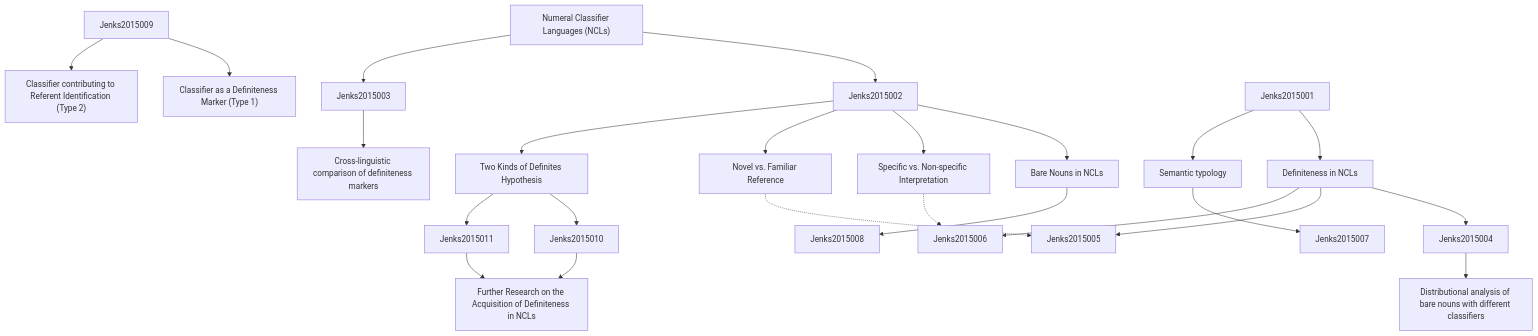
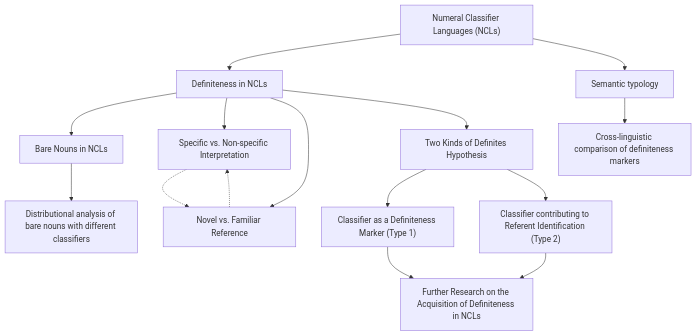
Before and after one commit to SCgeeker/Claude_Journal_Club_Agents: the diagram in output/zettelkasten_notes/zettel_Jenks-2015_20251104/zettel_index.md, drawn with Mermaid. The commit also changed 776 other files, not shown here.

````diff
--- a/output/zettelkasten_notes/zettel_Jenks-2015_20251104/zettel_index.md
+++ b/output/zettelkasten_notes/zettel_Jenks-2015_20251104/zettel_index.md
@@ -92,74 +92,61 @@
 ```mermaid
 graph TD
 
     Jenks-2015-001["Numeral Classifier Languages (NCLs)"]
 
     Jenks-2015-002["Definiteness in NCLs"]
 
     Jenks-2015-003["Semantic typology"]
 
     Jenks-2015-004["Bare Nouns in NCLs"]
 
     Jenks-2015-005["Specific vs. Non-specific Interpretation"]
 
     Jenks-2015-006["Novel vs. Familiar Reference"]
 
     Jenks-2015-007["Cross-linguistic comparison of definiteness markers"]
 
     Jenks-2015-008["Distributional analysis of bare nouns with different classifiers"]
 
     Jenks-2015-009["Two Kinds of Definites Hypothesis"]
 
     Jenks-2015-010["Classifier as a Definiteness Marker (Type 1)"]
 
     Jenks-2015-011["Classifier contributing to Referent Identification (Type 2)"]
 
     Jenks-2015-012["Further Research on the Acquisition of Definiteness in NCLs"]
 
-    Jenks-2015-001 --> Jenks2015002
+    Jenks-2015-001 --> Jenks-2015-002
 
-    Jenks-2015-001 --> Jenks2015003
+    Jenks-2015-001 --> Jenks-2015-003
 
-    Jenks2015001 --> Jenks-2015-002
 
-    Jenks-2015-002 --> Jenks2015004
+    Jenks-2015-002 --> Jenks-2015-004
 
-    Jenks-2015-002 --> Jenks2015005
+    Jenks-2015-002 --> Jenks-2015-005
 
-    Jenks-2015-002 --> Jenks2015006
+    Jenks-2015-002 --> Jenks-2015-006
 
-    Jenks2015001 --> Jenks-2015-003
 
-    Jenks-2015-003 --> Jenks2015007
+    Jenks-2015-003 --> Jenks-2015-007
 
-    Jenks2015002 --> Jenks-2015-004
 
-    Jenks-2015-004 --> Jenks2015008
+    Jenks-2015-004 --> Jenks-2015-008
 
-    Jenks2015002 --> Jenks-2015-005
 
-    Jenks-2015-005 -.-> Jenks2015006
+    Jenks-2015-005 -.-> Jenks-2015-006
 
-    Jenks2015002 --> Jenks-2015-006
 
-    Jenks-2015-006 -.-> Jenks2015005
+    Jenks-2015-006 -.-> Jenks-2015-005
 
-    Jenks2015003 --> Jenks-2015-007
+    Jenks-2015-002 --> Jenks-2015-009
 
-    Jenks2015004 --> Jenks-2015-008
+    Jenks-2015-009 --> Jenks-2015-010
 
-    Jenks2015002 --> Jenks-2015-009
+    Jenks-2015-009 --> Jenks-2015-011
 
-    Jenks-2015-009 --> Jenks2015010
+    Jenks-2015-010 --> Jenks-2015-012
 
-    Jenks-2015-009 --> Jenks2015011
-
-    Jenks2015009 --> Jenks-2015-010
-
-    Jenks2015009 --> Jenks-2015-011
-
-    Jenks2015010 --> Jenks-2015-012
-
-    Jenks2015011 --> Jenks-2015-012
+    Jenks-2015-011 --> Jenks-2015-012
 
 ```
````
